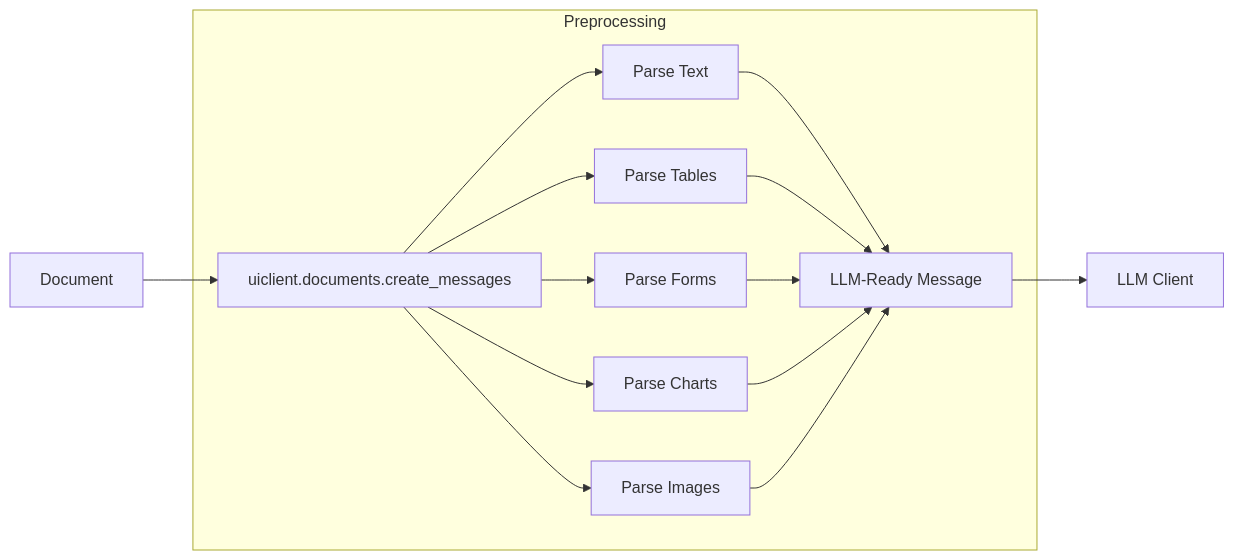
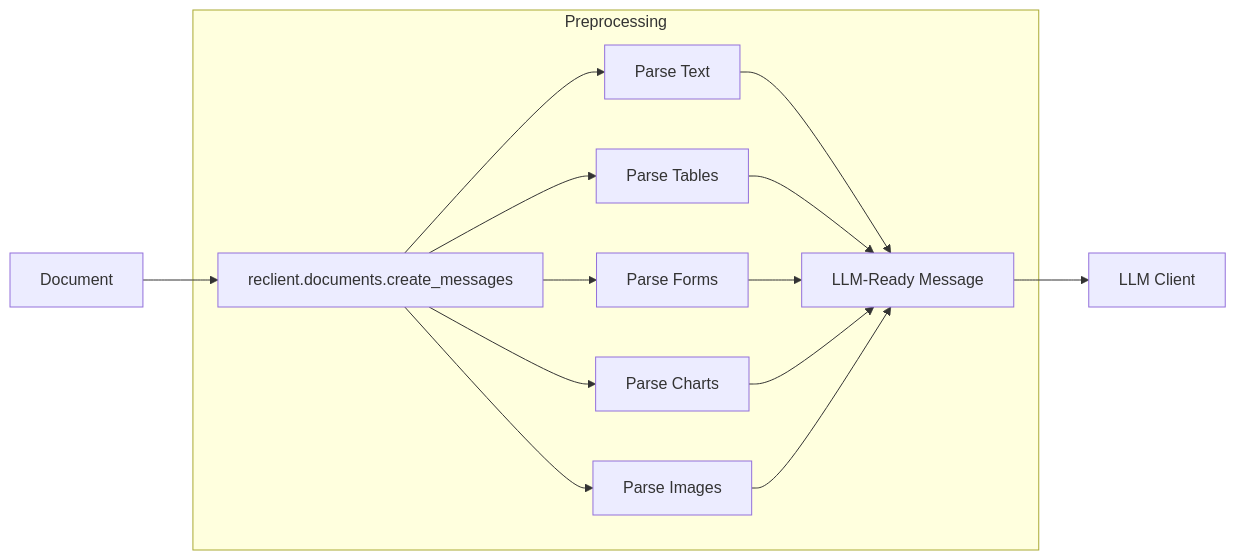
One commit to retab-dev/docs changed the diagram in core/Documents.mdx. Above: the diagram before and after it, drawn with Mermaid. The commit also changed other lines of this file and 43 other files, not shown here.

````diff
--- a/core/Documents.mdx
+++ b/core/Documents.mdx
@@ -4,13 +4,13 @@
 ```mermaid
 flowchart LR
-    A[Document] --> B[uiclient.documents.create_messages]
+    A[Document] --> B[reclient.documents.create_messages]
     C[LLM-Ready Message] --> D[LLM Client]
     
     subgraph Preprocessing
     B --> B0[Parse Text] --> C
     B --> B1[Parse Tables] --> C
     B --> B2[Parse Forms] --> C
     B --> B3[Parse Charts] --> C
     B --> B4[Parse Images] --> C
     end
 ```
````
